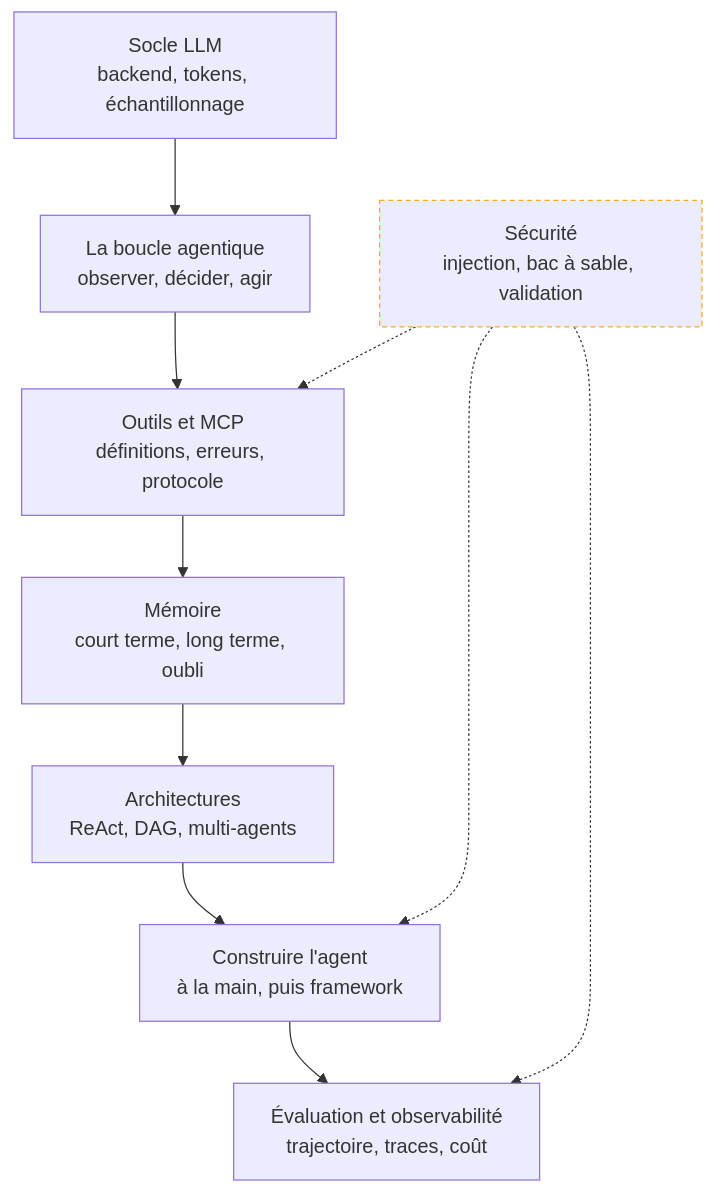
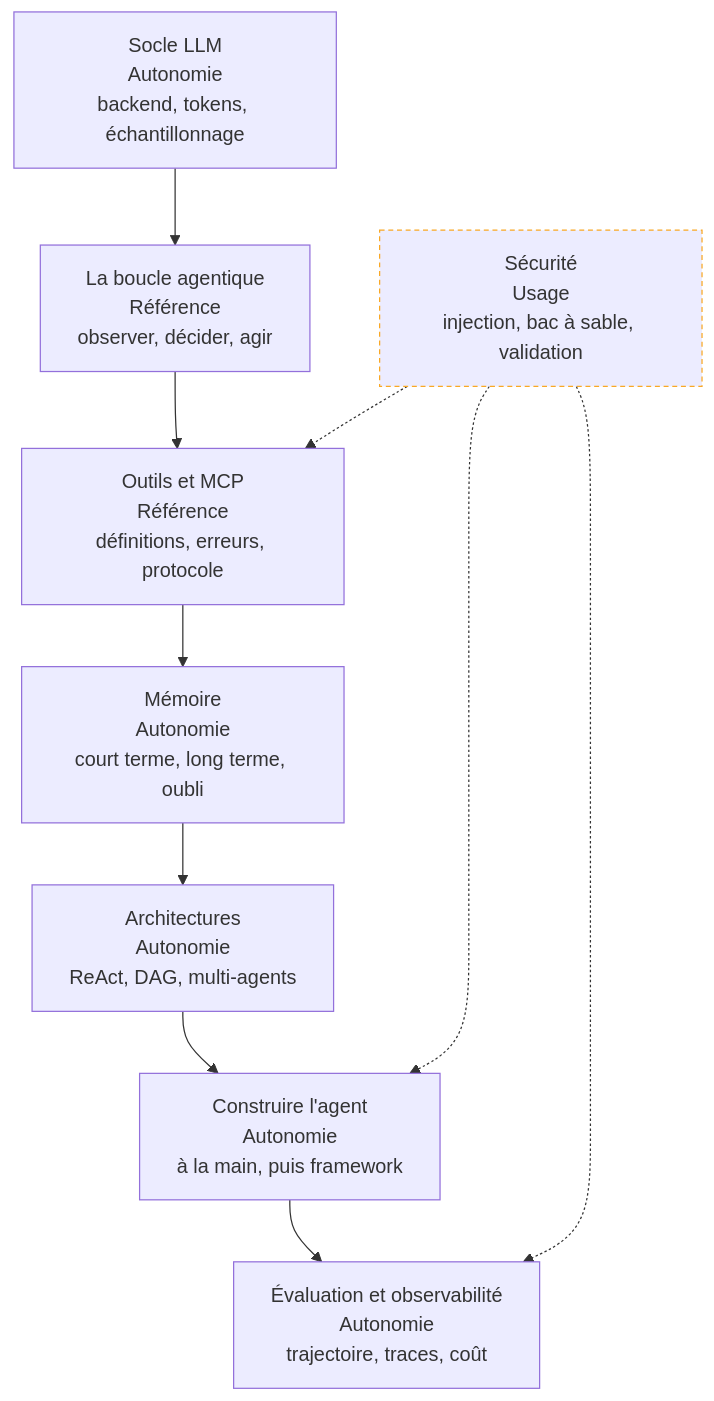
The diagram in content/parcours/ai-agents/index.md (floSa/Atlas-Metiers-Roadmaps), drawn with Mermaid before and after one commit. The commit also changed other lines of this file, not shown here.

Commit message:
AI Agents : la carte porte le niveau attendu chez un confirme

````diff
--- a/content/parcours/ai-agents/index.md
+++ b/content/parcours/ai-agents/index.md
@@ -15,24 +15,24 @@
 ```mermaid
 flowchart TD
-  S["Socle LLM<br/>backend, tokens, échantillonnage"] --> B["La boucle agentique<br/>observer, décider, agir"]
-  B --> O["Outils et MCP<br/>définitions, erreurs, protocole"]
-  O --> M["Mémoire<br/>court terme, long terme, oubli"]
-  M --> A["Architectures<br/>ReAct, DAG, multi-agents"]
-  A --> C["Construire l'agent<br/>à la main, puis framework"]
-  C --> E["Évaluation et observabilité<br/>trajectoire, traces, coût"]
-  SE["Sécurité<br/>injection, bac à sable, validation"] -.-> O
+  S["Socle LLM<br/>Autonomie<br/>backend, tokens, échantillonnage"] --> B["La boucle agentique<br/>Référence<br/>observer, décider, agir"]
+  B --> O["Outils et MCP<br/>Référence<br/>définitions, erreurs, protocole"]
+  O --> M["Mémoire<br/>Autonomie<br/>court terme, long terme, oubli"]
+  M --> A["Architectures<br/>Autonomie<br/>ReAct, DAG, multi-agents"]
+  A --> C["Construire l'agent<br/>Autonomie<br/>à la main, puis framework"]
+  C --> E["Évaluation et observabilité<br/>Autonomie<br/>trajectoire, traces, coût"]
+  SE["Sécurité<br/>Usage<br/>injection, bac à sable, validation"] -.-> O
   SE -.-> C
   SE -.-> E
 
   click S "/parcours/ai-agents/socle-llm"
   click B "/parcours/ai-agents/la-boucle-agentique"
   click O "/parcours/ai-agents/outils-et-mcp"
   click M "/parcours/ai-agents/memoire"
   click A "/parcours/ai-agents/architectures"
   click C "/parcours/ai-agents/construire-l-agent"
   click E "/parcours/ai-agents/evaluation-et-observabilite"
   click SE "/parcours/ai-agents/securite"
 
   classDef transverse stroke:#f9a825,stroke-width:1px,stroke-dasharray:4 3
   class SE transverse
 ```
````
